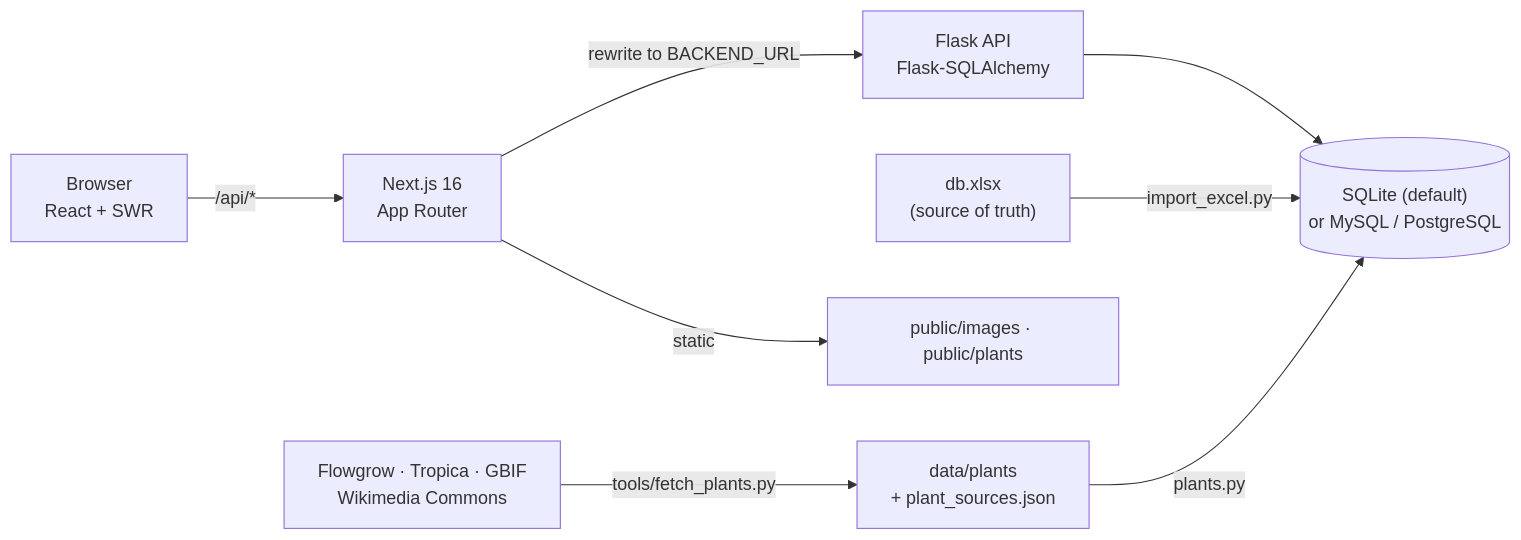
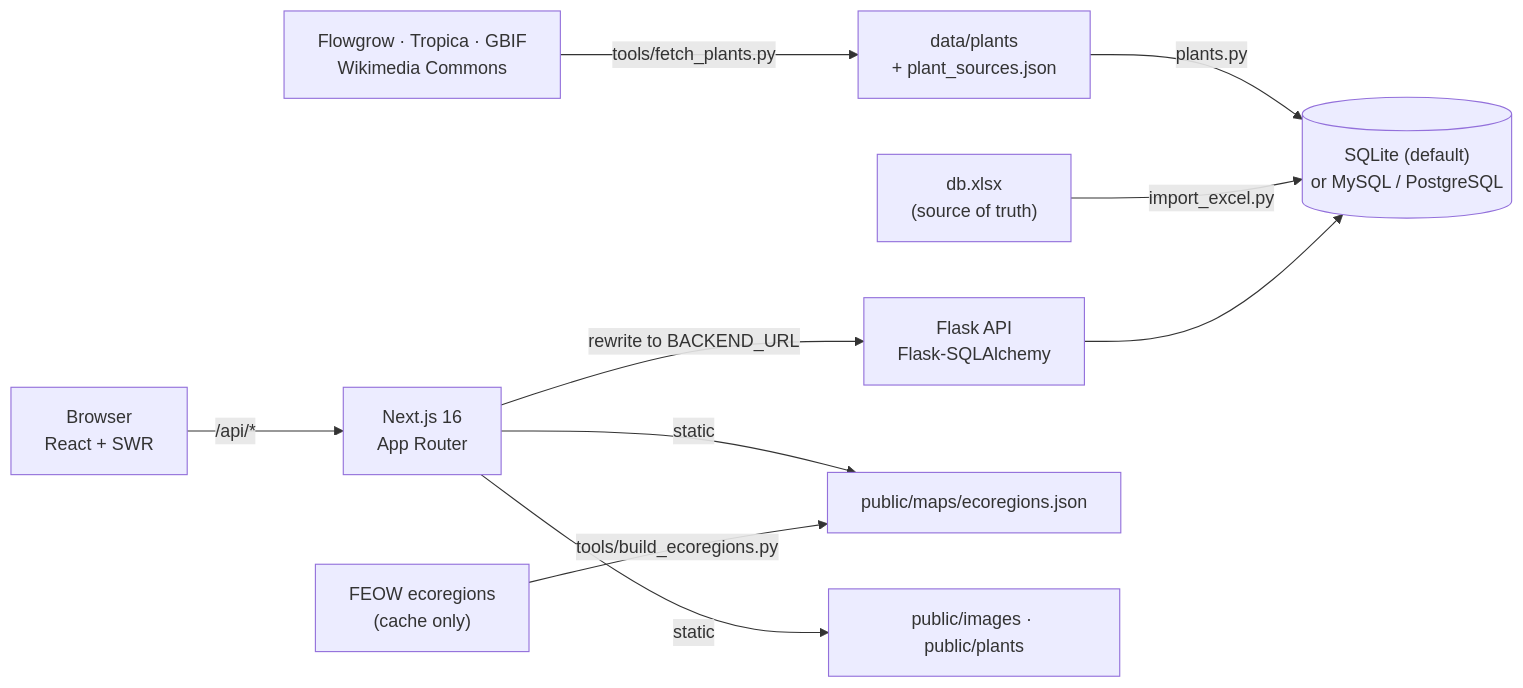
Before and after one commit to TheGreatArthur/aquariusproject: the diagram in README.md, drawn with Mermaid. The commit also changed other lines of this file and 17 other files, not shown here.

````diff
--- a/README.md
+++ b/README.md
@@ -52,10 +57,12 @@
 ```mermaid
 flowchart LR
     Browser["Browser<br/>React + SWR"] -->|"/api/*"| Next["Next.js 16<br/>App Router"]
     Next -->|"rewrite to BACKEND_URL"| Flask["Flask API<br/>Flask-SQLAlchemy"]
     Flask --> DB[("SQLite (default)<br/>or MySQL / PostgreSQL")]
     Excel["db.xlsx<br/>(source of truth)"] -->|"import_excel.py"| DB
     Sources["Flowgrow · Tropica · GBIF<br/>Wikimedia Commons"] -->|"tools/fetch_plants.py"| Plants["data/plants<br/>+ plant_sources.json"]
     Plants -->|"plants.py"| DB
+    FEOW["FEOW ecoregions<br/>(cache only)"] -->|"tools/build_ecoregions.py"| Zones["public/maps/ecoregions.json"]
+    Next -->|"static"| Zones
     Next -->|"static"| Images["public/images · public/plants"]
 ```
````
